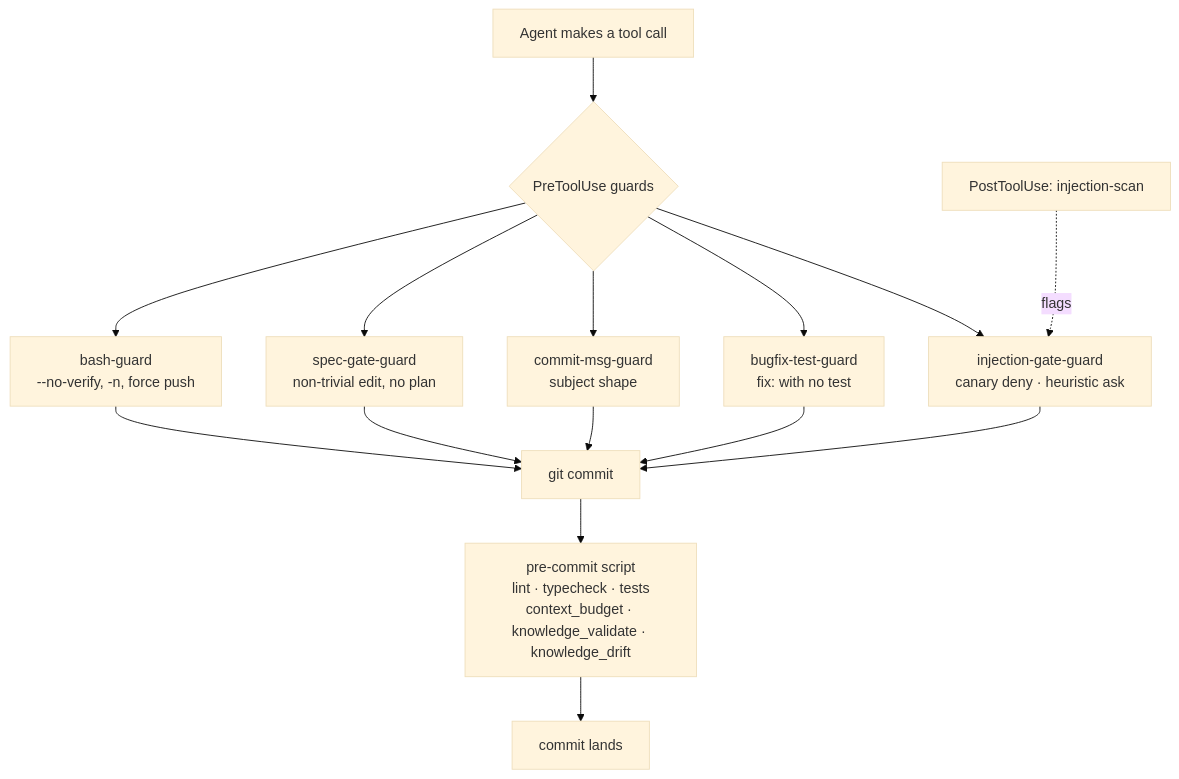
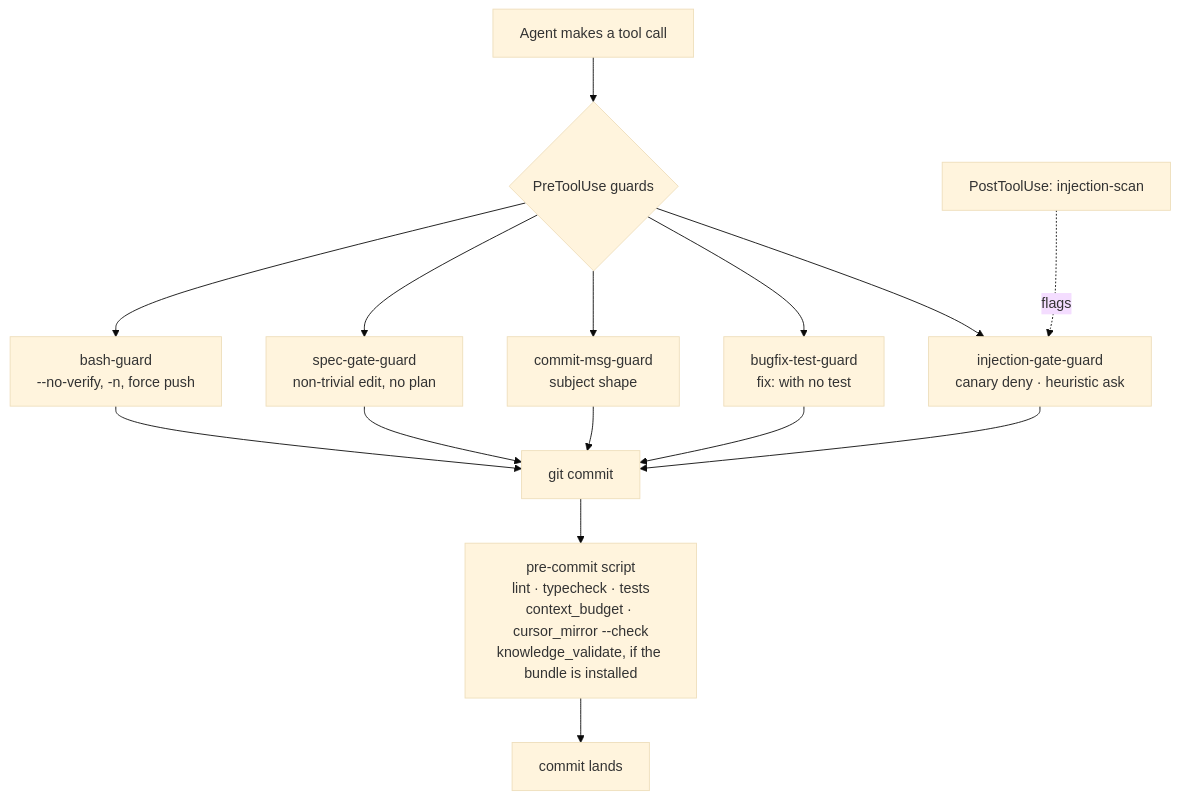
The diagram in docs/GATES.md (tammai/bigin-skills), drawn with Mermaid (base theme) before and after one commit. The commit also changed other lines of this file and 13 other files, not shown here.

````diff
--- a/docs/GATES.md
+++ b/docs/GATES.md
@@ -24,20 +24,20 @@
 ```mermaid
 flowchart TD
     T["Agent makes a tool call"] --> P{"PreToolUse guards"}
     P --> B["bash-guard<br/>--no-verify, -n, force push"]
     P --> S["spec-gate-guard<br/>non-trivial edit, no plan"]
     P --> M["commit-msg-guard<br/>subject shape"]
     P --> F["bugfix-test-guard<br/>fix: with no test"]
     P --> I["injection-gate-guard<br/>canary deny · heuristic ask"]
 
     B --> C["git commit"]
     S --> C
     M --> C
     F --> C
     I --> C
 
-    C --> G["pre-commit script<br/>lint · typecheck · tests<br/>context_budget · knowledge_validate · knowledge_drift"]
+    C --> G["pre-commit script<br/>lint · typecheck · tests<br/>context_budget · cursor_mirror --check<br/>knowledge_validate, if the bundle is installed"]
     G --> D["commit lands"]
 
     O["PostToolUse: injection-scan"] -.->|"flags"| I
 ```
````
